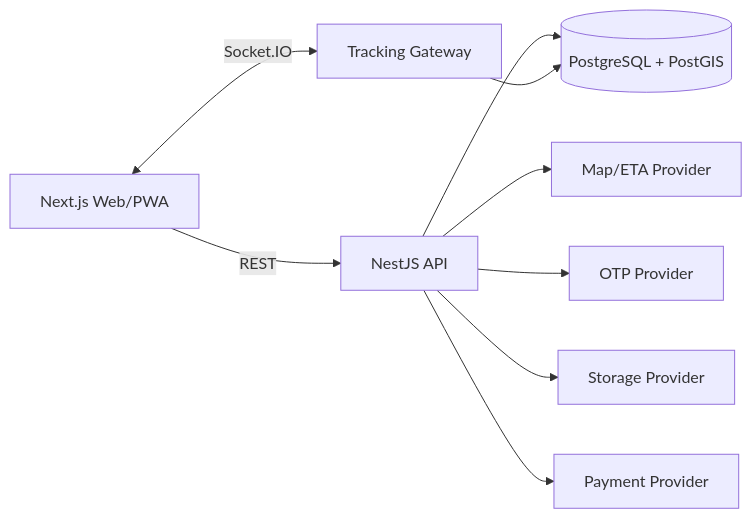
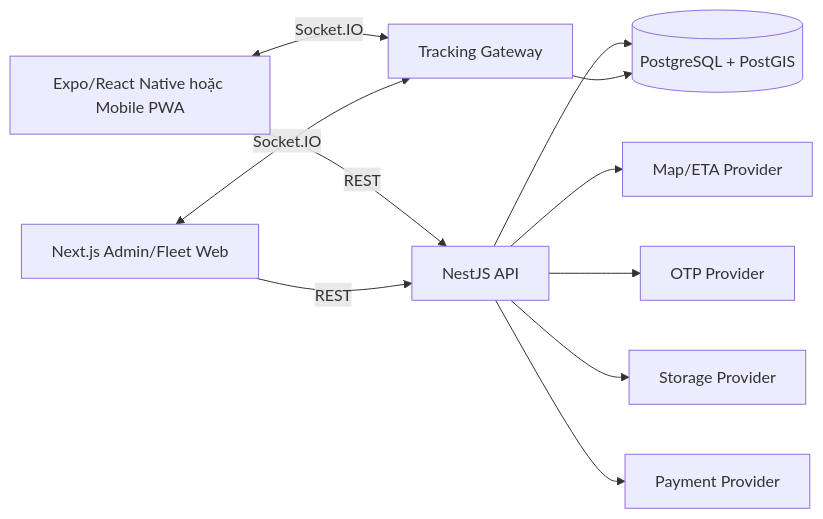
Before and after one commit to truongcongtu318/leopard: the diagram in docs/architecture/01-system-architecture.md, drawn with Mermaid. The commit also changed other lines of this file and 24 other files, not shown here.

````diff
--- a/docs/architecture/01-system-architecture.md
+++ b/docs/architecture/01-system-architecture.md
@@ -5,11 +5,13 @@
 ```mermaid
 flowchart LR
-  Web[Next.js Web/PWA] -->|REST| API[NestJS API]
-  Web <-->|Socket.IO| RT[Tracking Gateway]
+  Mobile[Expo/React Native hoặc Mobile PWA] -->|REST| API[NestJS API]
+  OpsWeb[Next.js Admin/Fleet Web] -->|REST| API
+  Mobile <-->|Socket.IO| RT[Tracking Gateway]
+  OpsWeb <-->|Socket.IO| RT
   API --> DB[(PostgreSQL + PostGIS)]
   RT --> DB
   API --> MAP[Map/ETA Provider]
   API --> OTP[OTP Provider]
   API --> STORE[Storage Provider]
   API --> PAY[Payment Provider]
 ```
````
